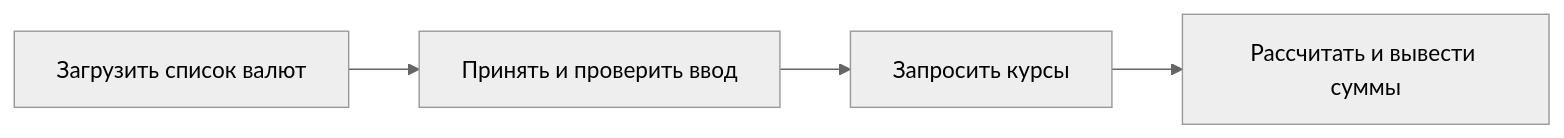
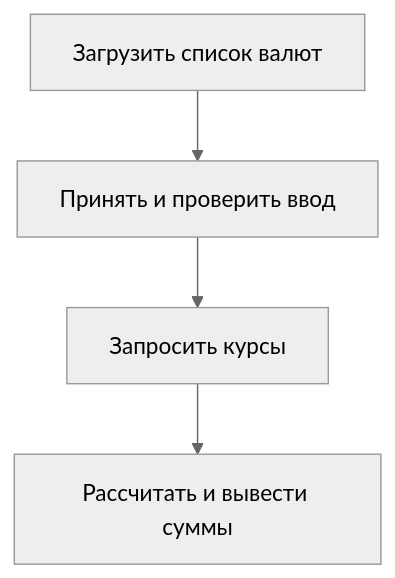
The diagram in README.md (yaleksandr89/freecurrencyapi-converter-python), drawn with Mermaid (neutral theme) before and after one commit. The commit also changed other lines of this file and 79 other files, not shown here.

````diff
--- a/README.md
+++ b/README.md
@@ -29,6 +28,6 @@
 ```mermaid
-flowchart LR
+flowchart TD
     A["Загрузить список валют"] --> B["Принять и проверить ввод"]
     B --> C["Запросить курсы"]
     C --> D["Рассчитать и вывести суммы"]
 ```
````
